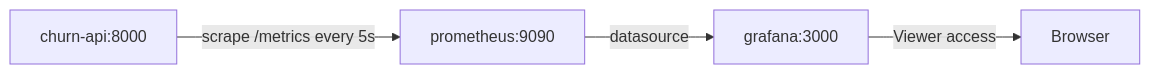
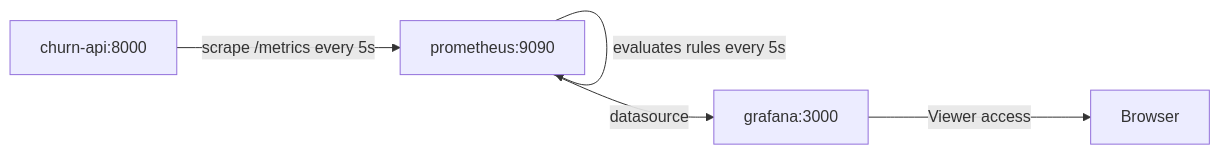
The diagram in docs/monitoring.md (Hafsaabbar/mlops-customer-churn), drawn with Mermaid before and after one commit. The commit also changed other lines of this file, not shown here.

````diff
--- a/docs/monitoring.md
+++ b/docs/monitoring.md
@@ -9,6 +9,7 @@
 ```mermaid
 flowchart LR
     A["churn-api:8000"] --scrape /metrics every 5s--> B["prometheus:9090"]
+    B --evaluates rules every 5s--> B
     B --datasource--> C["grafana:3000"]
     C --Viewer access--> D[Browser]
 ```
````
